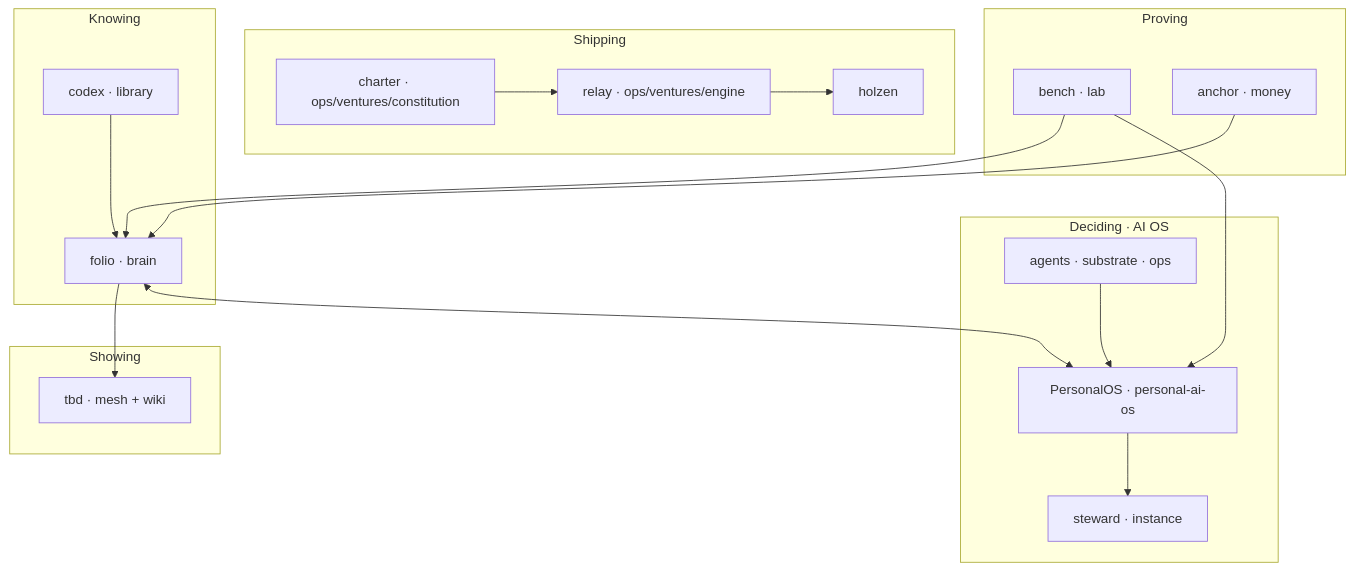
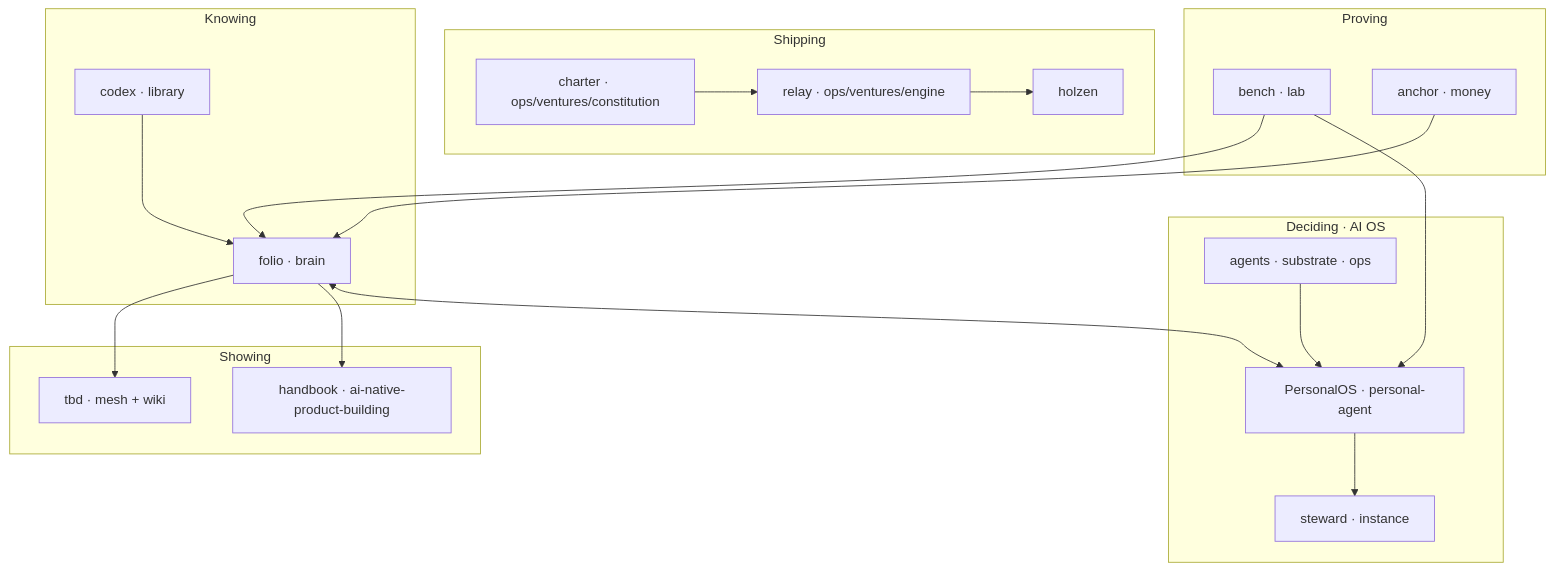
The diagram in README.md (Angelguirao/projects), drawn with Mermaid before and after one commit. The commit also changed other lines of this file, not shown here.

First line of the commit message:
Refresh projects map for personal-agent LifeOS layout.

````diff
--- a/README.md
+++ b/README.md
@@ -39,37 +29,39 @@
 ```mermaid
 flowchart TB
   subgraph know["Knowing"]
     LIB[codex · library]
     FOL[folio · brain]
     LIB --> FOL
   end
 
   subgraph decide["Deciding · AI OS"]
-    OS[PersonalOS · personal-ai-os]
+    OS[PersonalOS · personal-agent]
     AG[agents · substrate · ops]
     ST[steward · instance]
     FOL <--> OS
     AG --> OS
     OS --> ST
   end
 
   subgraph show["Showing"]
     MESH[tbd · mesh + wiki]
+    BOOK[handbook · ai-native-product-building]
     FOL --> MESH
+    FOL --> BOOK
   end
 
   subgraph ship["Shipping"]
     HOL[holzen]
     CHR[charter · ops/ventures/constitution]
     REL[relay · ops/ventures/engine]
     CHR --> REL --> HOL
   end
 
   subgraph prove["Proving"]
     LAB[bench · lab]
     MON[anchor · money]
     LAB --> FOL
     LAB --> OS
     MON --> FOL
   end
 ```
````
